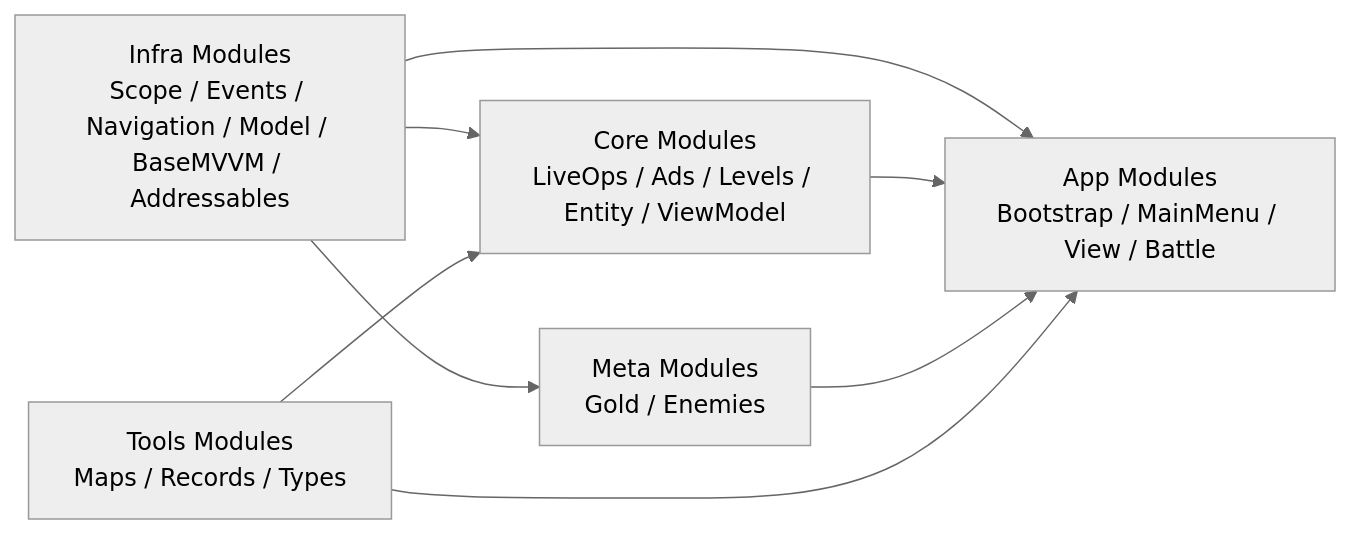
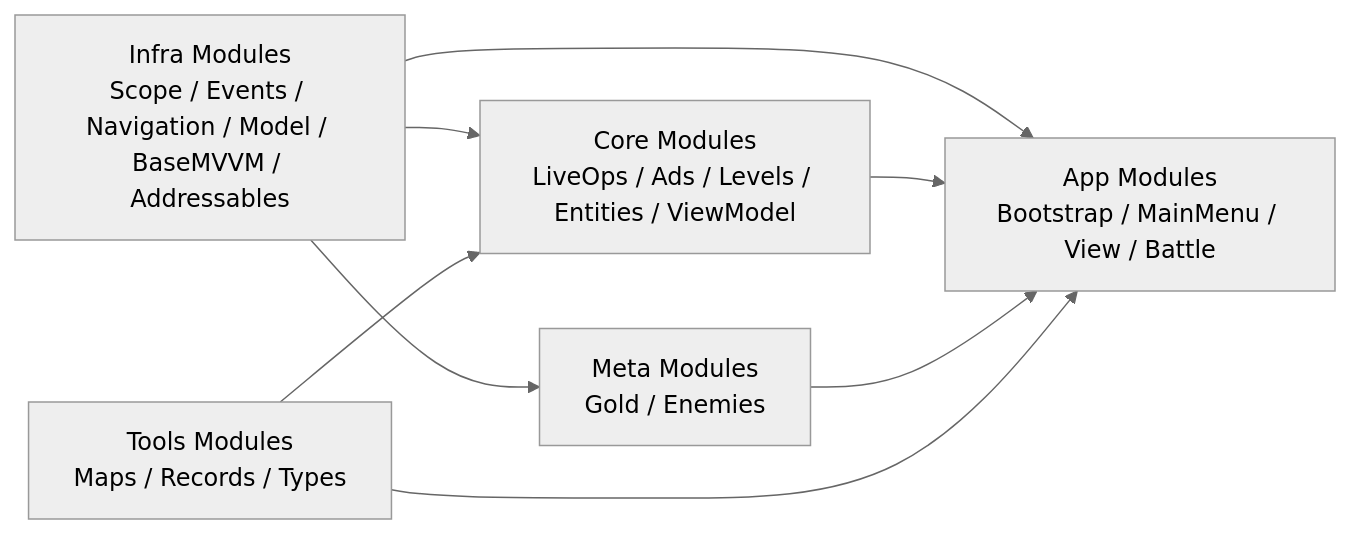
The second of 5 diagrams in Architecture.md (MgCohen/Madbox), drawn with Mermaid (neutral theme) before and after one commit. The commit also changed other lines of this file and 130 other files, not shown here.

````diff
--- a/Architecture.md
+++ b/Architecture.md
@@ -80,16 +80,16 @@
 ```mermaid
 flowchart LR
     Infra[Infra Modules<br/>Scope / Events / Navigation / Model / BaseMVVM / Addressables]
-    Core[Core Modules<br/>LiveOps / Ads / Levels / Entity / ViewModel]
+    Core[Core Modules<br/>LiveOps / Ads / Levels / Entities / ViewModel]
     Meta[Meta Modules<br/>Gold / Enemies]
     App[App Modules<br/>Bootstrap / MainMenu / View / Battle]
     Tools[Tools Modules<br/>Maps / Records / Types]
 
     Infra --> Core
     Infra --> Meta
     Infra --> App
     Core --> App
     Meta --> App
     Tools --> Core
     Tools --> App
 ```
````
